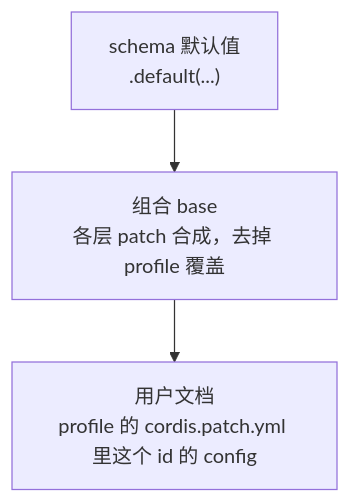
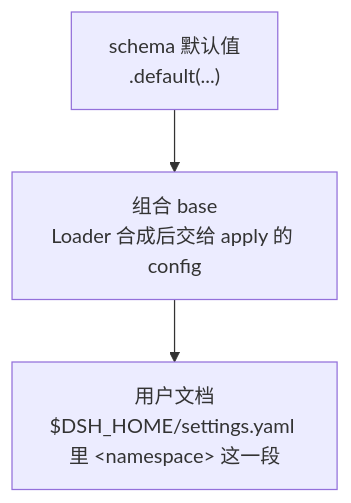
One commit to anthonyzhao-4926/blog changed the second of 2 diagrams in dsh 插件开发学习/14-把插件配置搬进设置页.md. Above: the diagram before and after it, drawn with Mermaid. The commit also changed other lines of this file and 22 other files, not shown here.

````diff
--- a/dsh 插件开发学习/14-把插件配置搬进设置页.md
+++ b/dsh 插件开发学习/14-把插件配置搬进设置页.md
@@ -421,5 +615,5 @@
 ```mermaid
 flowchart TD
-    A["schema 默认值<br/>.default(...)"] --> B["组合 base<br/>各层 patch 合成，去掉 profile 覆盖"]
-    B --> C["用户文档<br/>profile 的 cordis.patch.yml 里这个 id 的 config"]
+    A["schema 默认值<br/>.default(...)"] --> B["组合 base<br/>Loader 合成后交给 apply 的 config"]
+    B --> C["用户文档<br/>$DSH_HOME/settings.yaml 里 &lt;namespace&gt; 这一段"]
 ```
````
